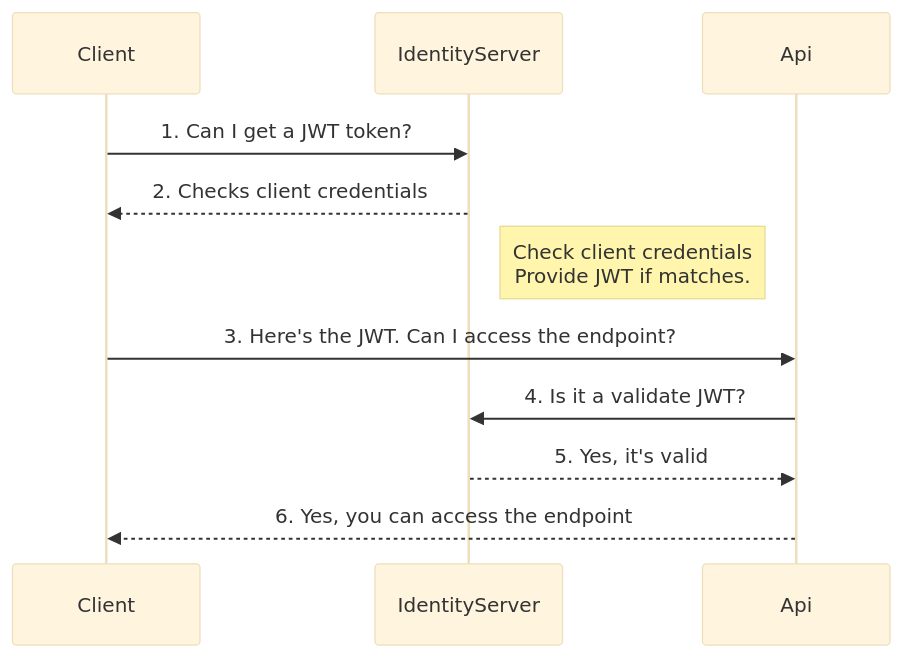
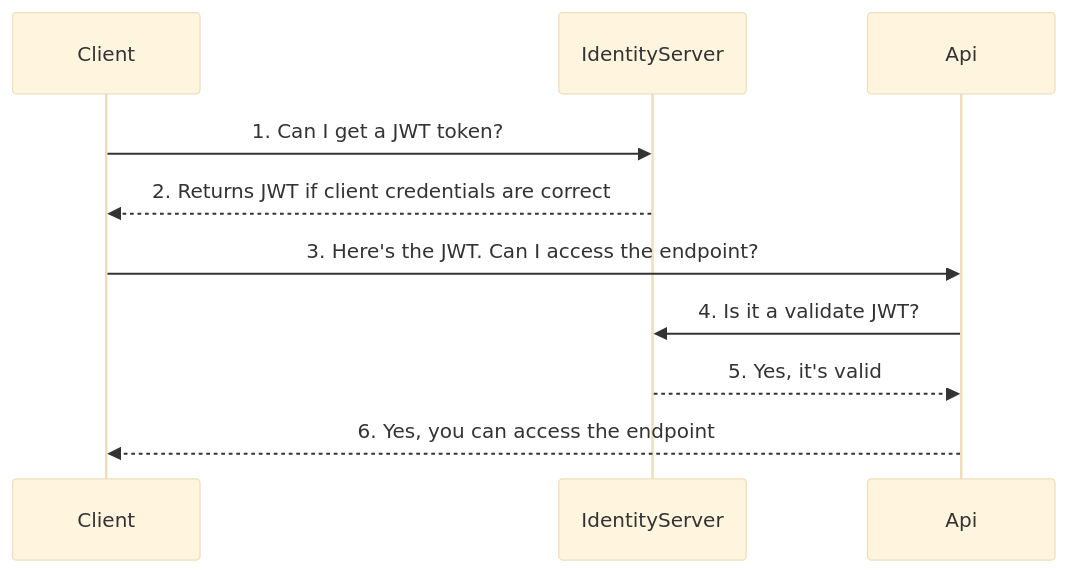
Before and after one commit to LiteObject/TestIdentityServer: the second of 2 diagrams in README.md, drawn with Mermaid.

Commit message:
Updated md

````diff
--- a/README.md
+++ b/README.md
@@ -52,12 +52,11 @@
 ```mermaid
 %%{init: {'securityLevel': 'loose', 'theme':'base'}}%%
 sequenceDiagram        
     Client->>IdentityServer: 1. Can I get a JWT token?
-    IdentityServer-->>Client: 2. Checks client credentials
-    Note right of IdentityServer: Check client credentials <br/>Provide JWT if matches.        
+    IdentityServer-->>Client: 2. Returns JWT if client credentials are correct    
     Client->>Api: 3. Here's the JWT. Can I access the endpoint?
     Api->>IdentityServer: 4. Is it a validate JWT?
     IdentityServer-->>Api: 5. Yes, it's valid
     Api-->>Client: 6. Yes, you can access the endpoint
 
 ```
````
